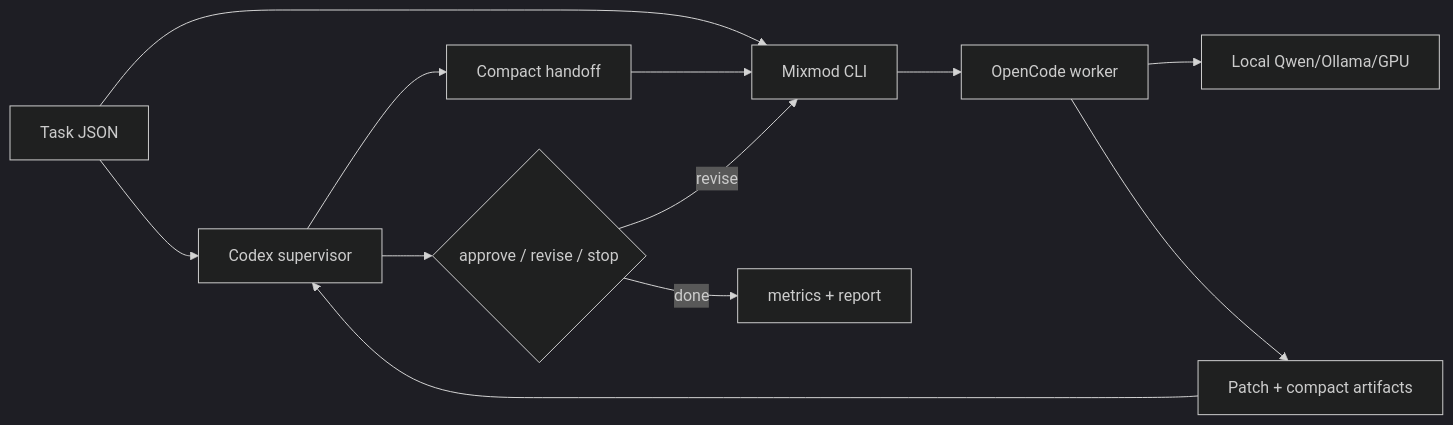
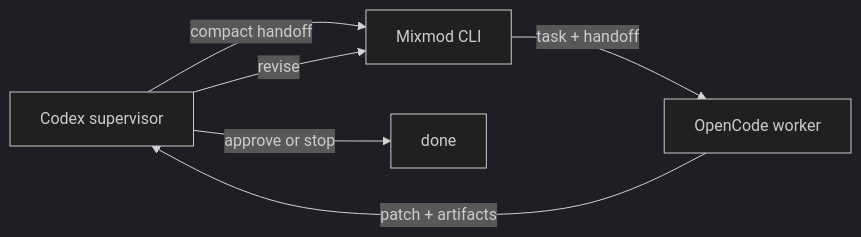
One commit to rndhouse/mixmod changed the diagram in README.md. Above: the diagram before and after it, drawn with Mermaid (dark theme).

Commit message:
Simplify README workflow diagram
Reduce the Mermaid diagram to the three core actors and make the review loop explicit.

````diff
--- a/README.md
+++ b/README.md
@@ -13,14 +13,8 @@
 ```mermaid
 flowchart LR
-    Task[Task JSON] --> Codex[Codex supervisor]
-    Codex --> Brief[Compact handoff]
-    Task --> Mixmod[Mixmod CLI]
-    Brief --> Mixmod
-    Mixmod --> Worker[OpenCode worker]
-    Worker --> Qwen[Local Qwen/Ollama/GPU]
-    Worker --> Artifacts[Patch + compact artifacts]
-    Artifacts --> Codex
-    Codex --> Decision{approve / revise / stop}
-    Decision -->|revise| Mixmod
-    Decision -->|done| Report[metrics + report]
+    Codex[Codex supervisor] -->|compact handoff| Mixmod[Mixmod CLI]
+    Mixmod -->|task + handoff| OpenCode[OpenCode worker]
+    OpenCode -->|patch + artifacts| Codex
+    Codex -->|revise| Mixmod
+    Codex -->|approve or stop| Done[done]
 ```
````
